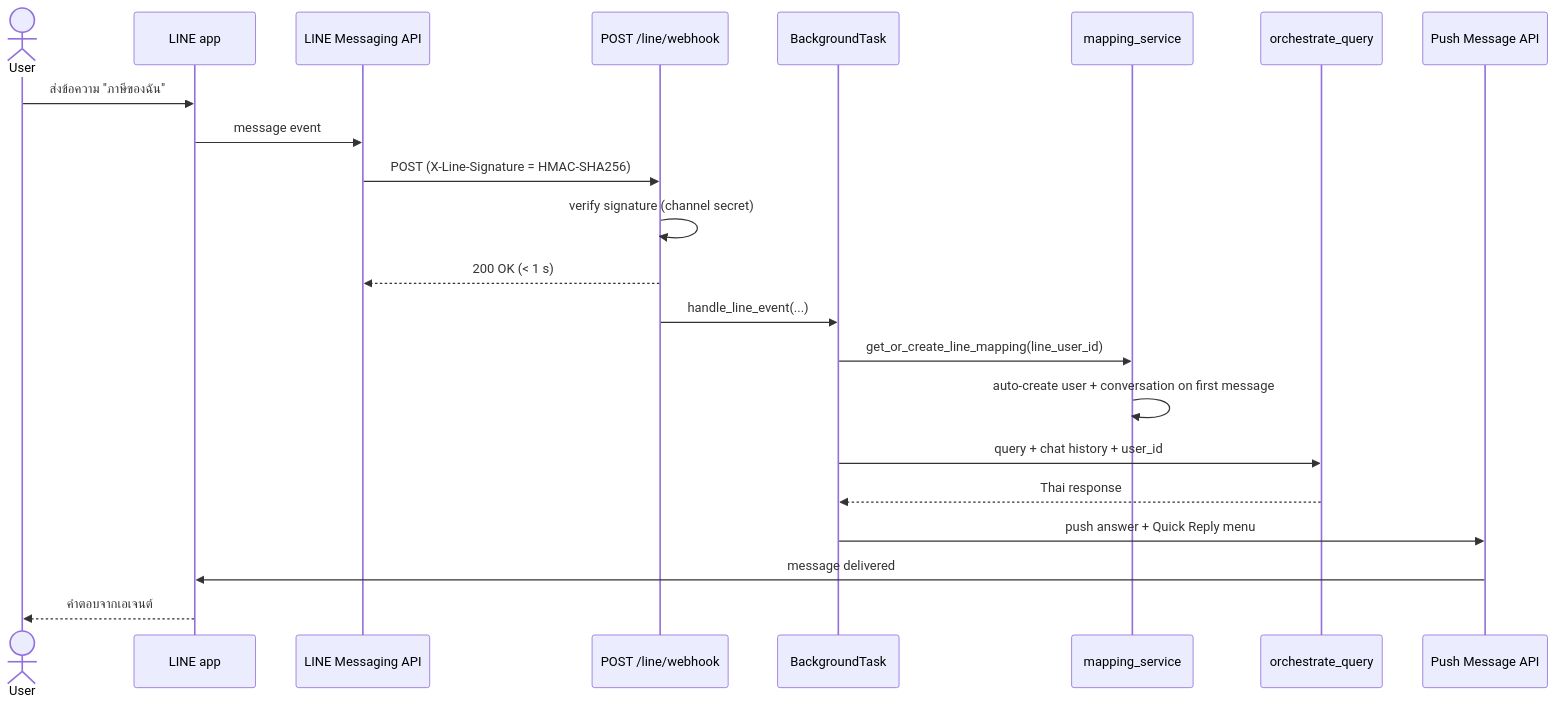
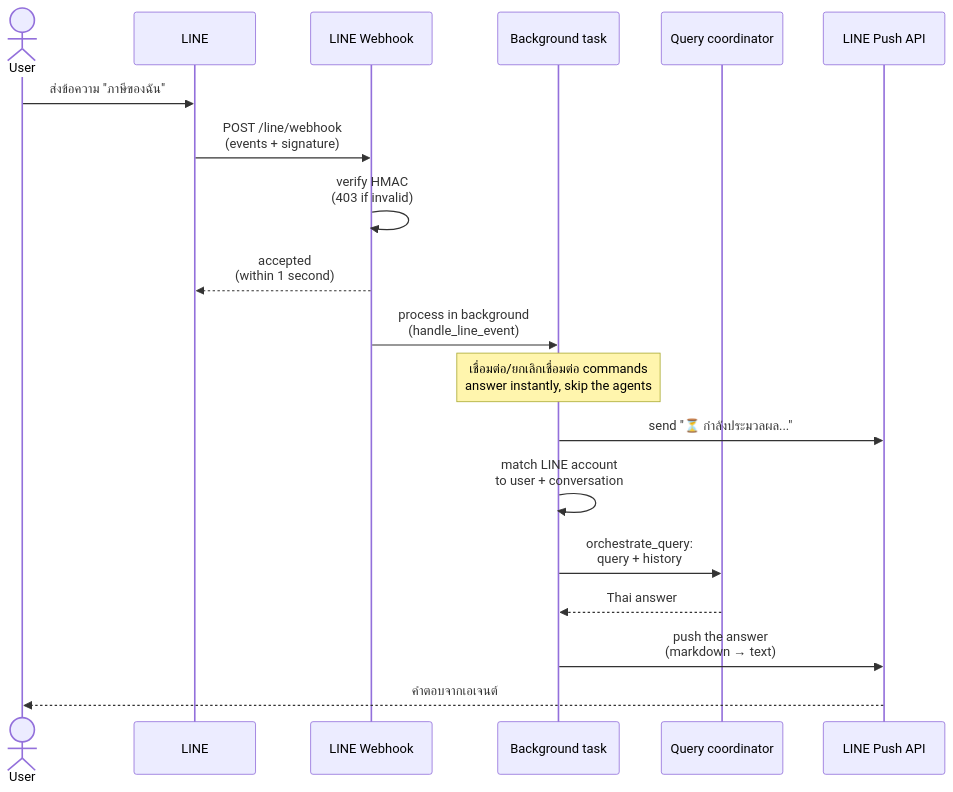
Before and after one commit to pakkaphon-tangtonglang/agenticaiforpersonalfinance: the tenth of 23 diagrams in docs/diagrams.md, drawn with Mermaid. The commit also changed other lines of this file, not shown here.

Commit message:
docs(diagrams): human-readable labels with technical terms kept; recover scrambled sections

````diff
--- a/docs/diagrams.md
+++ b/docs/diagrams.md
@@ -102,25 +274,22 @@
 ```mermaid
 sequenceDiagram
-    actor User
-    participant LINE as LINE app
-    participant MA as LINE Messaging API
-    participant WH as POST /line/webhook
-    participant BG as BackgroundTask
-    participant Map as mapping_service
-    participant Orch as orchestrate_query
-    participant Push as Push Message API
+    actor U as User
+    participant L as LINE
+    participant W as LINE Webhook
+    participant B as Background task
+    participant O as Query coordinator
+    participant P as LINE Push API
 
-    User->>LINE: ส่งข้อความ "ภาษีของฉัน"
-    LINE->>MA: message event
-    MA->>WH: POST (X-Line-Signature = HMAC-SHA256)
-    WH->>WH: verify signature (channel secret)
-    WH-->>MA: 200 OK (< 1 s)
-    WH->>BG: handle_line_event(...)
-    BG->>Map: get_or_create_line_mapping(line_user_id)
-    Map->>Map: auto-create user + conversation on first message
-    BG->>Orch: query + chat history + user_id
-    Orch-->>BG: Thai response
-    BG->>Push: push answer + Quick Reply menu
-    Push->>LINE: message delivered
-    LINE-->>User: คำตอบจากเอเจนต์
+    U->>L: ส่งข้อความ "ภาษีของฉัน"
+    L->>W: POST /line/webhook<br/>(events + signature)
+    W->>W: verify HMAC<br/>(403 if invalid)
+    W-->>L: accepted<br/>(within 1 second)
+    W->>B: process in background<br/>(handle_line_event)
+    Note over B: เชื่อมต่อ/ยกเลิกเชื่อมต่อ commands<br/>answer instantly, skip the agents
+    B->>P: send "⏳ กำลังประมวลผล..."
+    B->>B: match LINE account<br/>to user + conversation
+    B->>O: orchestrate_query:<br/>query + history
+    O-->>B: Thai answer
+    B->>P: push the answer<br/>(markdown → text)
+    P-->>U: คำตอบจากเอเจนต์
 ```
````
